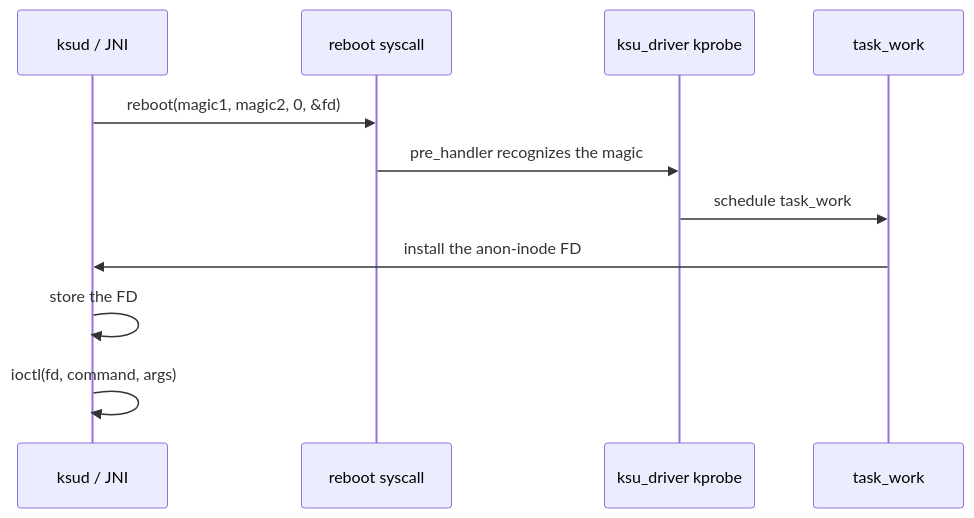
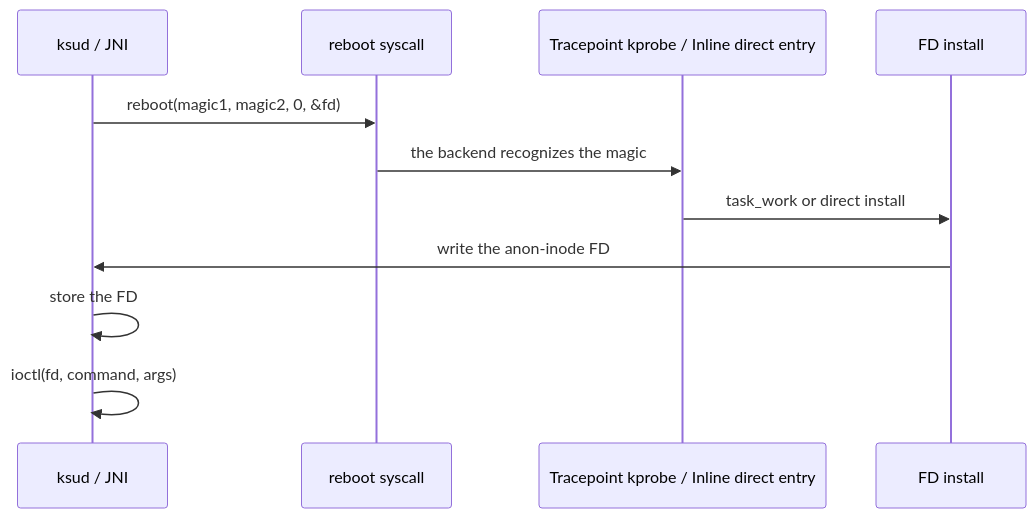
One commit to LyraVoid/FinaSU changed the second of 3 diagrams in website/docs/en/developer/supercall.md. Above: the diagram before and after it, drawn with Mermaid. The commit also changed other lines of this file and 51 other files, not shown here.

````diff
--- a/website/docs/en/developer/supercall.md
+++ b/website/docs/en/developer/supercall.md
@@ -50,13 +50,13 @@
 ```mermaid
 sequenceDiagram
     participant U as ksud / JNI
     participant R as reboot syscall
-    participant K as ksu_driver kprobe
-    participant T as task_work
+    participant K as Tracepoint kprobe / Inline direct entry
+    participant F as FD install
     U->>R: reboot(magic1, magic2, 0, &fd)
-    R->>K: pre_handler recognizes the magic
-    K->>T: schedule task_work
-    T->>U: install the anon-inode FD
+    R->>K: the backend recognizes the magic
+    K->>F: task_work or direct install
+    F->>U: write the anon-inode FD
     U->>U: store the FD
     U->>U: ioctl(fd, command, args)
 ```
````
